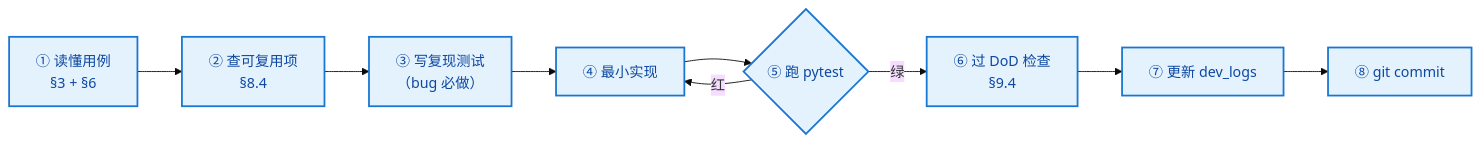
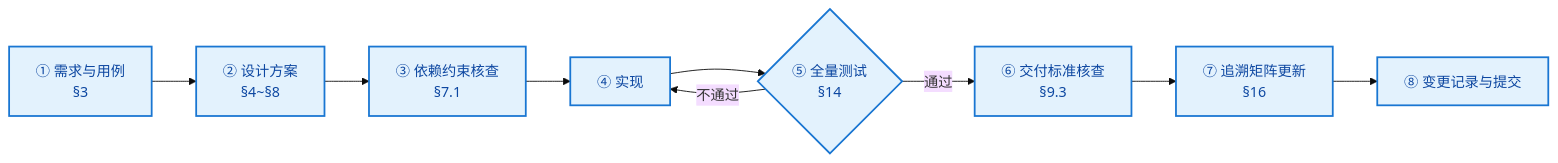
Before and after one commit to Curtainorange/knowledge-agent: diagram 12 of 16 in docs/系统设计文档.md, drawn with Mermaid (base theme). The commit also changed other lines of this file and 2 other files, not shown here.

````diff
--- a/docs/系统设计文档.md
+++ b/docs/系统设计文档.md
@@ -1438,14 +1484,14 @@
 ```mermaid
 graph LR
-    A["① 读懂用例<br/>§3 + §6"] --> B["② 查可复用项<br/>§8.4"]
-    B --> C["③ 写复现测试<br/>（bug 必做）"]
-    C --> D["④ 最小实现"]
-    D --> E{"⑤ 跑 pytest"}
-    E -->|红| D
-    E -->|绿| F["⑥ 过 DoD 检查<br/>§9.4"]
-    F --> G["⑦ 更新 dev_logs"]
-    G --> H["⑧ git commit"]
+    A["① 需求与用例<br/>§3"] --> B["② 设计方案<br/>§4~§8"]
+    B --> C["③ 依赖约束核查<br/>§7.1"]
+    C --> D["④ 实现"]
+    D --> E{"⑤ 全量测试<br/>§14"}
+    E -->|不通过| D
+    E -->|通过| F["⑥ 交付标准核查<br/>§9.3"]
+    F --> G["⑦ 追溯矩阵更新<br/>§16"]
+    G --> H["⑧ 变更记录与提交"]
 
     classDef step fill:#e3f2fd,stroke:#1976d2,stroke-width:2px,color:#0d47a1
     class A,B,C,D,E,F,G,H step
 ```
````
